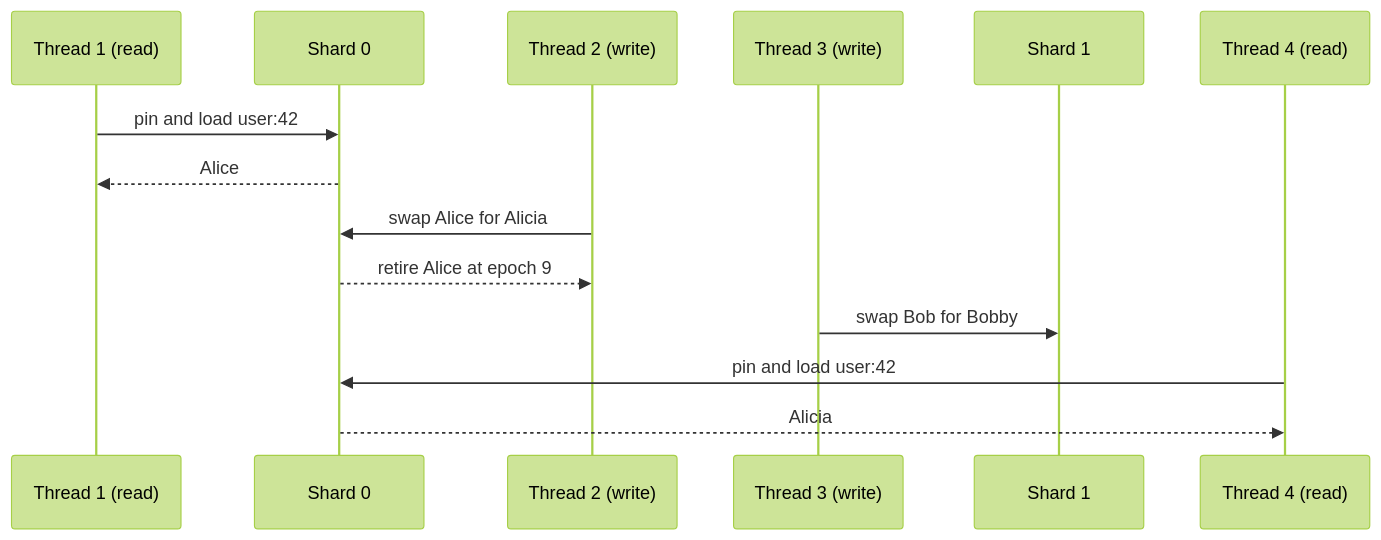
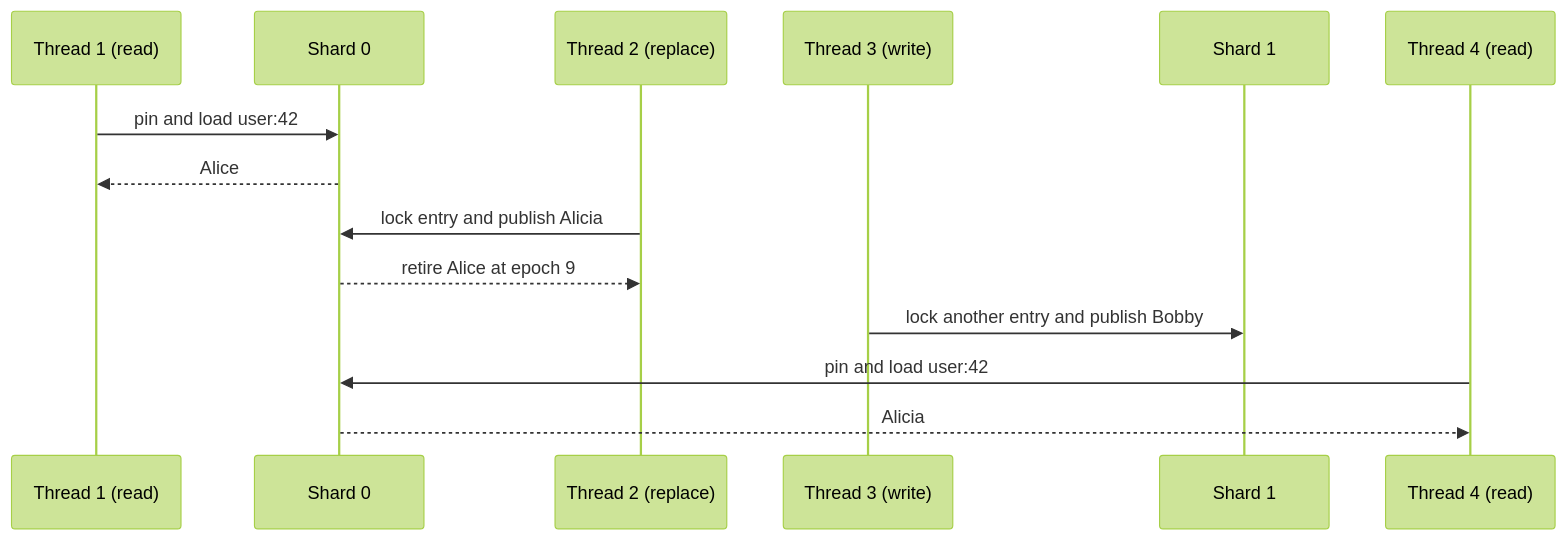
The eighth of 16 diagrams in src/content/blogs/custom-concurrent-hashmap-rust.mdx (Rana718/portfolio), drawn with Mermaid (forest theme) before and after one commit. The commit also changed other lines of this file, not shown here.

````diff
--- a/src/content/blogs/custom-concurrent-hashmap-rust.mdx
+++ b/src/content/blogs/custom-concurrent-hashmap-rust.mdx
@@ -322,16 +350,16 @@
 ```mermaid
 sequenceDiagram
     participant T1 as Thread 1 (read)
     participant S0 as Shard 0
-    participant T2 as Thread 2 (write)
+    participant T2 as Thread 2 (replace)
     participant T3 as Thread 3 (write)
     participant S1 as Shard 1
     participant T4 as Thread 4 (read)
     T1->>S0: pin and load user:42
     S0-->>T1: Alice
-    T2->>S0: swap Alice for Alicia
+    T2->>S0: lock entry and publish Alicia
     S0-->>T2: retire Alice at epoch 9
-    T3->>S1: swap Bob for Bobby
+    T3->>S1: lock another entry and publish Bobby
     T4->>S0: pin and load user:42
     S0-->>T4: Alicia
 ```
````
